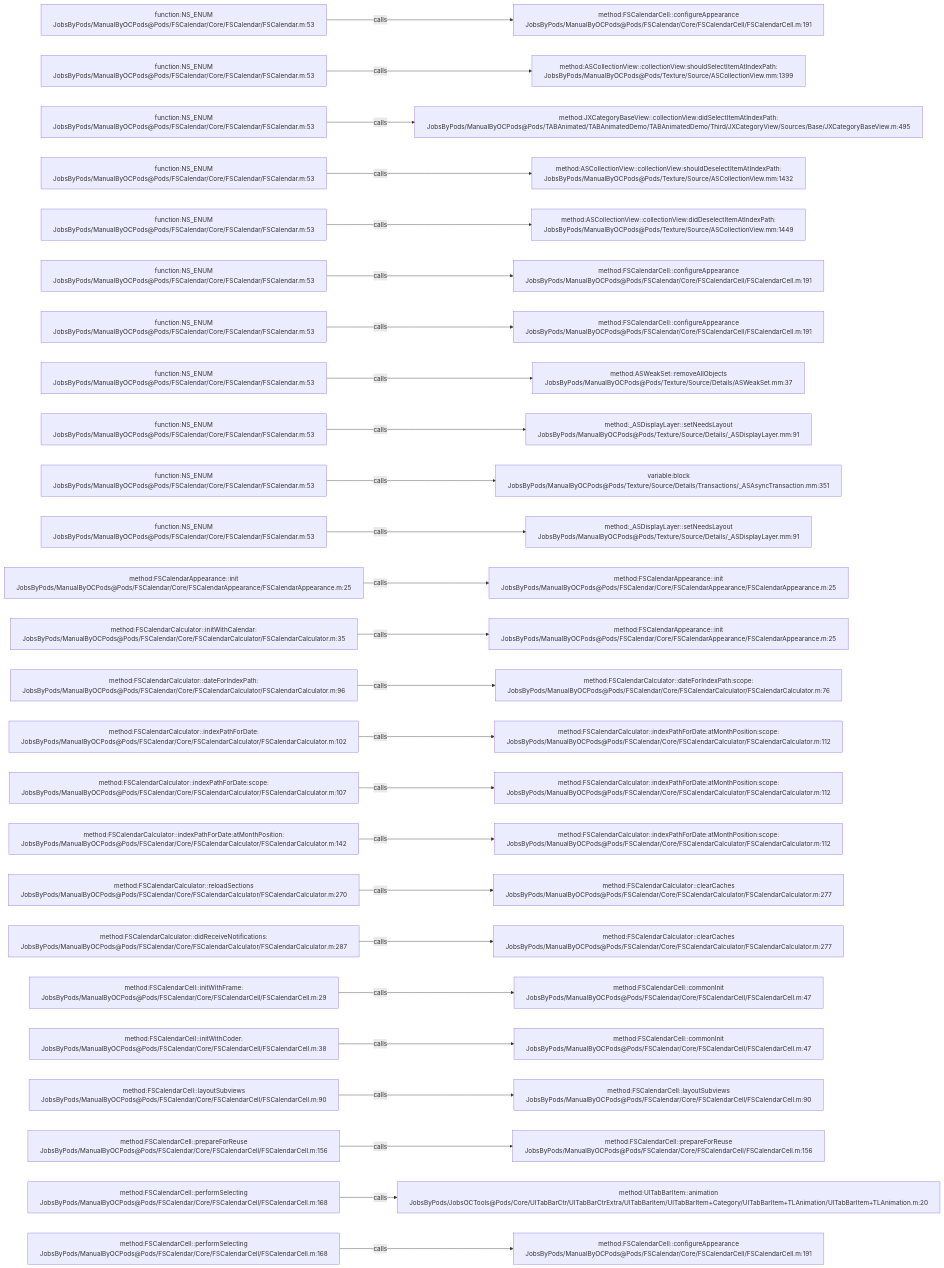
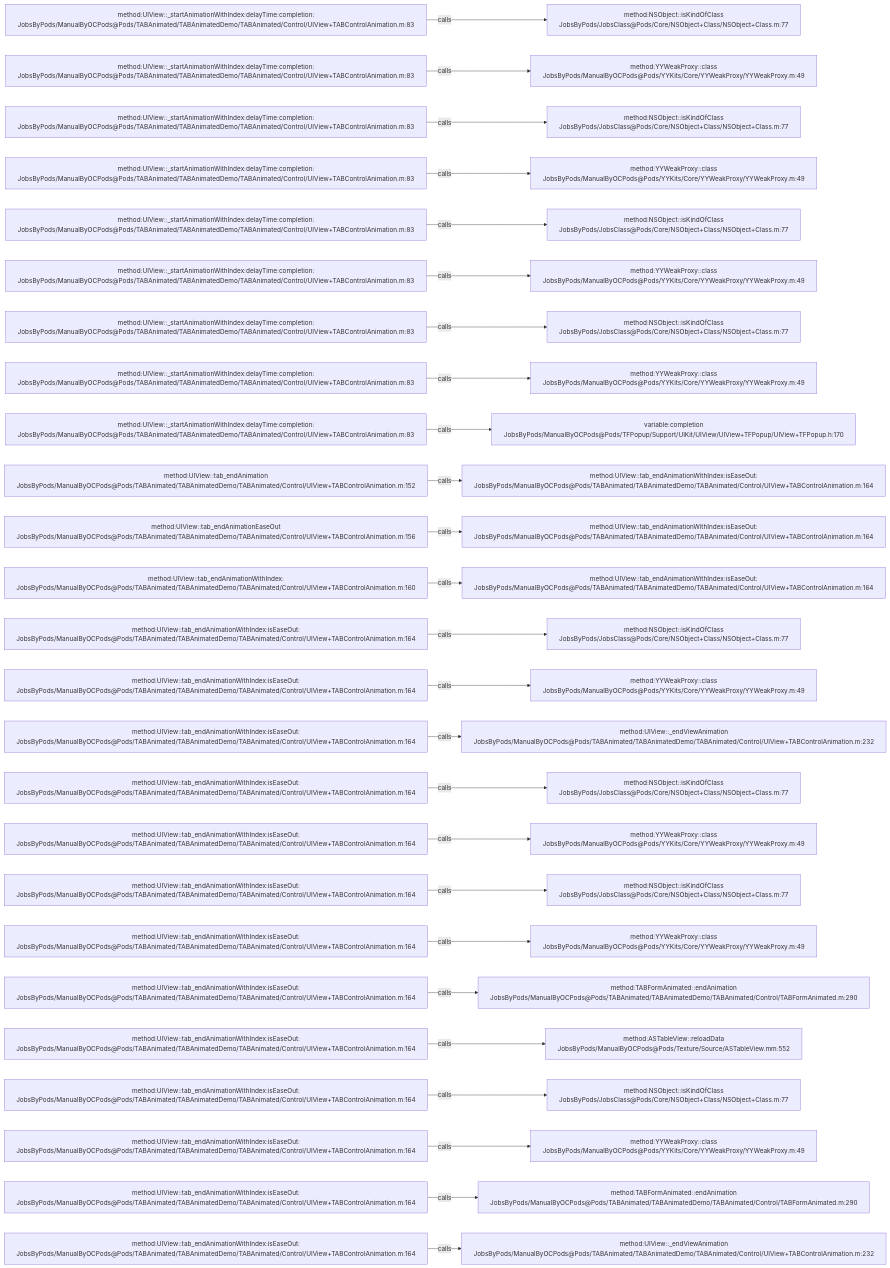
One commit to JobsKits/JobsOCBaseConfigDemo changed the diagram in .codegraph/codegraph.md/graphs/calls-190.md. Above: the diagram before and after it, drawn with Mermaid. The commit also changed 639 other files, not shown here.

````diff
--- a/.codegraph/codegraph.md/graphs/calls-190.md
+++ b/.codegraph/codegraph.md/graphs/calls-190.md
@@ -13,78 +13,78 @@
 ```mermaid
 flowchart LR
-  S1["function:NS_ENUM<br/>JobsByPods/ManualByOCPods@Pods/FSCalendar/Core/FSCalendar/FSCalendar.m:53"]
-  T1["method:FSCalendarCell::configureAppearance<br/>JobsByPods/ManualByOCPods@Pods/FSCalendar/Core/FSCalendarCell/FSCalendarCell.m:191"]
+  S1["method:UIView::_startAnimationWithIndex:delayTime:completion:<br/>JobsByPods/ManualByOCPods@Pods/TABAnimated/TABAnimatedDemo/TABAnimated/Control/UIView+TABControlAnimation.m:83"]
+  T1["method:NSObject::isKindOfClass<br/>JobsByPods/JobsClass@Pods/Core/NSObject+Class/NSObject+Class.m:77"]
   S1 -->|calls| T1
-  S2["function:NS_ENUM<br/>JobsByPods/ManualByOCPods@Pods/FSCalendar/Core/FSCalendar/FSCalendar.m:53"]
-  T2["method:ASCollectionView::collectionView:shouldSelectItemAtIndexPath:<br/>JobsByPods/ManualByOCPods@Pods/Texture/Source/ASCollectionView.mm:1399"]
+  S2["method:UIView::_startAnimationWithIndex:delayTime:completion:<br/>JobsByPods/ManualByOCPods@Pods/TABAnimated/TABAnimatedDemo/TABAnimated/Control/UIView+TABControlAnimation.m:83"]
+  T2["method:YYWeakProxy::class<br/>JobsByPods/ManualByOCPods@Pods/YYKits/Core/YYWeakProxy/YYWeakProxy.m:49"]
   S2 -->|calls| T2
-  S3["function:NS_ENUM<br/>JobsByPods/ManualByOCPods@Pods/FSCalendar/Core/FSCalendar/FSCalendar.m:53"]
-  T3["method:JXCategoryBaseView::collectionView:didSelectItemAtIndexPath:<br/>JobsByPods/ManualByOCPods@Pods/TABAnimated/TABAnimatedDemo/TABAnimatedDemo/Third/JXCategoryView/Sources/Base/JXCategoryBaseView.m:495"]
+  S3["method:UIView::_startAnimationWithIndex:delayTime:completion:<br/>JobsByPods/ManualByOCPods@Pods/TABAnimated/TABAnimatedDemo/TABAnimated/Control/UIView+TABControlAnimation.m:83"]
+  T3["method:NSObject::isKindOfClass<br/>JobsByPods/JobsClass@Pods/Core/NSObject+Class/NSObject+Class.m:77"]
   S3 -->|calls| T3
-  S4["function:NS_ENUM<br/>JobsByPods/ManualByOCPods@Pods/FSCalendar/Core/FSCalendar/FSCalendar.m:53"]
-  T4["method:ASCollectionView::collectionView:shouldDeselectItemAtIndexPath:<br/>JobsByPods/ManualByOCPods@Pods/Texture/Source/ASCollectionView.mm:1432"]
+  S4["method:UIView::_startAnimationWithIndex:delayTime:completion:<br/>JobsByPods/ManualByOCPods@Pods/TABAnimated/TABAnimatedDemo/TABAnimated/Control/UIView+TABControlAnimation.m:83"]
+  T4["method:YYWeakProxy::class<br/>JobsByPods/ManualByOCPods@Pods/YYKits/Core/YYWeakProxy/YYWeakProxy.m:49"]
   S4 -->|calls| T4
-  S5["function:NS_ENUM<br/>JobsByPods/ManualByOCPods@Pods/FSCalendar/Core/FSCalendar/FSCalendar.m:53"]
-  T5["method:ASCollectionView::collectionView:didDeselectItemAtIndexPath:<br/>JobsByPods/ManualByOCPods@Pods/Texture/Source/ASCollectionView.mm:1449"]
+  S5["method:UIView::_startAnimationWithIndex:delayTime:completion:<br/>JobsByPods/ManualByOCPods@Pods/TABAnimated/TABAnimatedDemo/TABAnimated/Control/UIView+TABControlAnimation.m:83"]
+  T5["method:NSObject::isKindOfClass<br/>JobsByPods/JobsClass@Pods/Core/NSObject+Class/NSObject+Class.m:77"]
   S5 -->|calls| T5
-  S6["function:NS_ENUM<br/>JobsByPods/ManualByOCPods@Pods/FSCalendar/Core/FSCalendar/FSCalendar.m:53"]
-  T6["method:FSCalendarCell::configureAppearance<br/>JobsByPods/ManualByOCPods@Pods/FSCalendar/Core/FSCalendarCell/FSCalendarCell.m:191"]
+  S6["method:UIView::_startAnimationWithIndex:delayTime:completion:<br/>JobsByPods/ManualByOCPods@Pods/TABAnimated/TABAnimatedDemo/TABAnimated/Control/UIView+TABControlAnimation.m:83"]
+  T6["method:YYWeakProxy::class<br/>JobsByPods/ManualByOCPods@Pods/YYKits/Core/YYWeakProxy/YYWeakProxy.m:49"]
   S6 -->|calls| T6
-  S7["function:NS_ENUM<br/>JobsByPods/ManualByOCPods@Pods/FSCalendar/Core/FSCalendar/FSCalendar.m:53"]
-  T7["method:FSCalendarCell::configureAppearance<br/>JobsByPods/ManualByOCPods@Pods/FSCalendar/Core/FSCalendarCell/FSCalendarCell.m:191"]
+  S7["method:UIView::_startAnimationWithIndex:delayTime:completion:<br/>JobsByPods/ManualByOCPods@Pods/TABAnimated/TABAnimatedDemo/TABAnimated/Control/UIView+TABControlAnimation.m:83"]
+  T7["method:NSObject::isKindOfClass<br/>JobsByPods/JobsClass@Pods/Core/NSObject+Class/NSObject+Class.m:77"]
   S7 -->|calls| T7
-  S8["function:NS_ENUM<br/>JobsByPods/ManualByOCPods@Pods/FSCalendar/Core/FSCalendar/FSCalendar.m:53"]
-  T8["method:ASWeakSet::removeAllObjects<br/>JobsByPods/ManualByOCPods@Pods/Texture/Source/Details/ASWeakSet.mm:37"]
+  S8["method:UIView::_startAnimationWithIndex:delayTime:completion:<br/>JobsByPods/ManualByOCPods@Pods/TABAnimated/TABAnimatedDemo/TABAnimated/Control/UIView+TABControlAnimation.m:83"]
+  T8["method:YYWeakProxy::class<br/>JobsByPods/ManualByOCPods@Pods/YYKits/Core/YYWeakProxy/YYWeakProxy.m:49"]
   S8 -->|calls| T8
-  S9["function:NS_ENUM<br/>JobsByPods/ManualByOCPods@Pods/FSCalendar/Core/FSCalendar/FSCalendar.m:53"]
-  T9["method:_ASDisplayLayer::setNeedsLayout<br/>JobsByPods/ManualByOCPods@Pods/Texture/Source/Details/_ASDisplayLayer.mm:91"]
+  S9["method:UIView::_startAnimationWithIndex:delayTime:completion:<br/>JobsByPods/ManualByOCPods@Pods/TABAnimated/TABAnimatedDemo/TABAnimated/Control/UIView+TABControlAnimation.m:83"]
+  T9["variable:completion<br/>JobsByPods/ManualByOCPods@Pods/TFPopup/Support/UIKit/UIView/UIView+TFPopup/UIView+TFPopup.h:170"]
   S9 -->|calls| T9
-  S10["function:NS_ENUM<br/>JobsByPods/ManualByOCPods@Pods/FSCalendar/Core/FSCalendar/FSCalendar.m:53"]
-  T10["variable:block<br/>JobsByPods/ManualByOCPods@Pods/Texture/Source/Details/Transactions/_ASAsyncTransaction.mm:351"]
+  S10["method:UIView::tab_endAnimation<br/>JobsByPods/ManualByOCPods@Pods/TABAnimated/TABAnimatedDemo/TABAnimated/Control/UIView+TABControlAnimation.m:152"]
+  T10["method:UIView::tab_endAnimationWithIndex:isEaseOut:<br/>JobsByPods/ManualByOCPods@Pods/TABAnimated/TABAnimatedDemo/TABAnimated/Control/UIView+TABControlAnimation.m:164"]
   S10 -->|calls| T10
-  S11["function:NS_ENUM<br/>JobsByPods/ManualByOCPods@Pods/FSCalendar/Core/FSCalendar/FSCalendar.m:53"]
-  T11["method:_ASDisplayLayer::setNeedsLayout<br/>JobsByPods/ManualByOCPods@Pods/Texture/Source/Details/_ASDisplayLayer.mm:91"]
+  S11["method:UIView::tab_endAnimationEaseOut<br/>JobsByPods/ManualByOCPods@Pods/TABAnimated/TABAnimatedDemo/TABAnimated/Control/UIView+TABControlAnimation.m:156"]
+  T11["method:UIView::tab_endAnimationWithIndex:isEaseOut:<br/>JobsByPods/ManualByOCPods@Pods/TABAnimated/TABAnimatedDemo/TABAnimated/Control/UIView+TABControlAnimation.m:164"]
   S11 -->|calls| T11
-  S12["method:FSCalendarAppearance::init<br/>JobsByPods/ManualByOCPods@Pods/FSCalendar/Core/FSCalendarAppearance/FSCalendarAppearance.m:25"]
-  T12["method:FSCalendarAppearance::init<br/>JobsByPods/ManualByOCPods@Pods/FSCalendar/Core/FSCalendarAppearance/FSCalendarAppearance.m:25"]
+  S12["method:UIView::tab_endAnimationWithIndex:<br/>JobsByPods/ManualByOCPods@Pods/TABAnimated/TABAnimatedDemo/TABAnimated/Control/UIView+TABControlAnimation.m:160"]
+  T12["method:UIView::tab_endAnimationWithIndex:isEaseOut:<br/>JobsByPods/ManualByOCPods@Pods/TABAnimated/TABAnimatedDemo/TABAnimated/Control/UIView+TABControlAnimation.m:164"]
   S12 -->|calls| T12
-  S13["method:FSCalendarCalculator::initWithCalendar:<br/>JobsByPods/ManualByOCPods@Pods/FSCalendar/Core/FSCalendarCalculator/FSCalendarCalculator.m:35"]
-  T13["method:FSCalendarAppearance::init<br/>JobsByPods/ManualByOCPods@Pods/FSCalendar/Core/FSCalendarAppearance/FSCalendarAppearance.m:25"]
+  S13["method:UIView::tab_endAnimationWithIndex:isEaseOut:<br/>JobsByPods/ManualByOCPods@Pods/TABAnimated/TABAnimatedDemo/TABAnimated/Control/UIView+TABControlAnimation.m:164"]
+  T13["method:NSObject::isKindOfClass<br/>JobsByPods/JobsClass@Pods/Core/NSObject+Class/NSObject+Class.m:77"]
   S13 -->|calls| T13
-  S14["method:FSCalendarCalculator::dateForIndexPath:<br/>JobsByPods/ManualByOCPods@Pods/FSCalendar/Core/FSCalendarCalculator/FSCalendarCalculator.m:96"]
-  T14["method:FSCalendarCalculator::dateForIndexPath:scope:<br/>JobsByPods/ManualByOCPods@Pods/FSCalendar/Core/FSCalendarCalculator/FSCalendarCalculator.m:76"]
+  S14["method:UIView::tab_endAnimationWithIndex:isEaseOut:<br/>JobsByPods/ManualByOCPods@Pods/TABAnimated/TABAnimatedDemo/TABAnimated/Control/UIView+TABControlAnimation.m:164"]
+  T14["method:YYWeakProxy::class<br/>JobsByPods/ManualByOCPods@Pods/YYKits/Core/YYWeakProxy/YYWeakProxy.m:49"]
   S14 -->|calls| T14
-  S15["method:FSCalendarCalculator::indexPathForDate:<br/>JobsByPods/ManualByOCPods@Pods/FSCalendar/Core/FSCalendarCalculator/FSCalendarCalculator.m:102"]
-  T15["method:FSCalendarCalculator::indexPathForDate:atMonthPosition:scope:<br/>JobsByPods/ManualByOCPods@Pods/FSCalendar/Core/FSCalendarCalculator/FSCalendarCalculator.m:112"]
+  S15["method:UIView::tab_endAnimationWithIndex:isEaseOut:<br/>JobsByPods/ManualByOCPods@Pods/TABAnimated/TABAnimatedDemo/TABAnimated/Control/UIView+TABControlAnimation.m:164"]
+  T15["method:UIView::_endViewAnimation<br/>JobsByPods/ManualByOCPods@Pods/TABAnimated/TABAnimatedDemo/TABAnimated/Control/UIView+TABControlAnimation.m:232"]
   S15 -->|calls| T15
-  S16["method:FSCalendarCalculator::indexPathForDate:scope:<br/>JobsByPods/ManualByOCPods@Pods/FSCalendar/Core/FSCalendarCalculator/FSCalendarCalculator.m:107"]
-  T16["method:FSCalendarCalculator::indexPathForDate:atMonthPosition:scope:<br/>JobsByPods/ManualByOCPods@Pods/FSCalendar/Core/FSCalendarCalculator/FSCalendarCalculator.m:112"]
+  S16["method:UIView::tab_endAnimationWithIndex:isEaseOut:<br/>JobsByPods/ManualByOCPods@Pods/TABAnimated/TABAnimatedDemo/TABAnimated/Control/UIView+TABControlAnimation.m:164"]
+  T16["method:NSObject::isKindOfClass<br/>JobsByPods/JobsClass@Pods/Core/NSObject+Class/NSObject+Class.m:77"]
   S16 -->|calls| T16
-  S17["method:FSCalendarCalculator::indexPathForDate:atMonthPosition:<br/>JobsByPods/ManualByOCPods@Pods/FSCalendar/Core/FSCalendarCalculator/FSCalendarCalculator.m:142"]
-  T17["method:FSCalendarCalculator::indexPathForDate:atMonthPosition:scope:<br/>JobsByPods/ManualByOCPods@Pods/FSCalendar/Core/FSCalendarCalculator/FSCalendarCalculator.m:112"]
+  S17["method:UIView::tab_endAnimationWithIndex:isEaseOut:<br/>JobsByPods/ManualByOCPods@Pods/TABAnimated/TABAnimatedDemo/TABAnimated/Control/UIView+TABControlAnimation.m:164"]
+  T17["method:YYWeakProxy::class<br/>JobsByPods/ManualByOCPods@Pods/YYKits/Core/YYWeakProxy/YYWeakProxy.m:49"]
   S17 -->|calls| T17
-  S18["method:FSCalendarCalculator::reloadSections<br/>JobsByPods/ManualByOCPods@Pods/FSCalendar/Core/FSCalendarCalculator/FSCalendarCalculator.m:270"]
-  T18["method:FSCalendarCalculator::clearCaches<br/>JobsByPods/ManualByOCPods@Pods/FSCalendar/Core/FSCalendarCalculator/FSCalendarCalculator.m:277"]
+  S18["method:UIView::tab_endAnimationWithIndex:isEaseOut:<br/>JobsByPods/ManualByOCPods@Pods/TABAnimated/TABAnimatedDemo/TABAnimated/Control/UIView+TABControlAnimation.m:164"]
+  T18["method:NSObject::isKindOfClass<br/>JobsByPods/JobsClass@Pods/Core/NSObject+Class/NSObject+Class.m:77"]
   S18 -->|calls| T18
-  S19["method:FSCalendarCalculator::didReceiveNotifications:<br/>JobsByPods/ManualByOCPods@Pods/FSCalendar/Core/FSCalendarCalculator/FSCalendarCalculator.m:287"]
-  T19["method:FSCalendarCalculator::clearCaches<br/>JobsByPods/ManualByOCPods@Pods/FSCalendar/Core/FSCalendarCalculator/FSCalendarCalculator.m:277"]
+  S19["method:UIView::tab_endAnimationWithIndex:isEaseOut:<br/>JobsByPods/ManualByOCPods@Pods/TABAnimated/TABAnimatedDemo/TABAnimated/Control/UIView+TABControlAnimation.m:164"]
+  T19["method:YYWeakProxy::class<br/>JobsByPods/ManualByOCPods@Pods/YYKits/Core/YYWeakProxy/YYWeakProxy.m:49"]
   S19 -->|calls| T19
-  S20["method:FSCalendarCell::initWithFrame:<br/>JobsByPods/ManualByOCPods@Pods/FSCalendar/Core/FSCalendarCell/FSCalendarCell.m:29"]
-  T20["method:FSCalendarCell::commonInit<br/>JobsByPods/ManualByOCPods@Pods/FSCalendar/Core/FSCalendarCell/FSCalendarCell.m:47"]
+  S20["method:UIView::tab_endAnimationWithIndex:isEaseOut:<br/>JobsByPods/ManualByOCPods@Pods/TABAnimated/TABAnimatedDemo/TABAnimated/Control/UIView+TABControlAnimation.m:164"]
+  T20["method:TABFormAnimated::endAnimation<br/>JobsByPods/ManualByOCPods@Pods/TABAnimated/TABAnimatedDemo/TABAnimated/Control/TABFormAnimated.m:290"]
   S20 -->|calls| T20
-  S21["method:FSCalendarCell::initWithCoder:<br/>JobsByPods/ManualByOCPods@Pods/FSCalendar/Core/FSCalendarCell/FSCalendarCell.m:38"]
-  T21["method:FSCalendarCell::commonInit<br/>JobsByPods/ManualByOCPods@Pods/FSCalendar/Core/FSCalendarCell/FSCalendarCell.m:47"]
+  S21["method:UIView::tab_endAnimationWithIndex:isEaseOut:<br/>JobsByPods/ManualByOCPods@Pods/TABAnimated/TABAnimatedDemo/TABAnimated/Control/UIView+TABControlAnimation.m:164"]
+  T21["method:ASTableView::reloadData<br/>JobsByPods/ManualByOCPods@Pods/Texture/Source/ASTableView.mm:552"]
   S21 -->|calls| T21
-  S22["method:FSCalendarCell::layoutSubviews<br/>JobsByPods/ManualByOCPods@Pods/FSCalendar/Core/FSCalendarCell/FSCalendarCell.m:90"]
-  T22["method:FSCalendarCell::layoutSubviews<br/>JobsByPods/ManualByOCPods@Pods/FSCalendar/Core/FSCalendarCell/FSCalendarCell.m:90"]
+  S22["method:UIView::tab_endAnimationWithIndex:isEaseOut:<br/>JobsByPods/ManualByOCPods@Pods/TABAnimated/TABAnimatedDemo/TABAnimated/Control/UIView+TABControlAnimation.m:164"]
+  T22["method:NSObject::isKindOfClass<br/>JobsByPods/JobsClass@Pods/Core/NSObject+Class/NSObject+Class.m:77"]
   S22 -->|calls| T22
-  S23["method:FSCalendarCell::prepareForReuse<br/>JobsByPods/ManualByOCPods@Pods/FSCalendar/Core/FSCalendarCell/FSCalendarCell.m:156"]
-  T23["method:FSCalendarCell::prepareForReuse<br/>JobsByPods/ManualByOCPods@Pods/FSCalendar/Core/FSCalendarCell/FSCalendarCell.m:156"]
+  S23["method:UIView::tab_endAnimationWithIndex:isEaseOut:<br/>JobsByPods/ManualByOCPods@Pods/TABAnimated/TABAnimatedDemo/TABAnimated/Control/UIView+TABControlAnimation.m:164"]
+  T23["method:YYWeakProxy::class<br/>JobsByPods/ManualByOCPods@Pods/YYKits/Core/YYWeakProxy/YYWeakProxy.m:49"]
   S23 -->|calls| T23
-  S24["method:FSCalendarCell::performSelecting<br/>JobsByPods/ManualByOCPods@Pods/FSCalendar/Core/FSCalendarCell/FSCalendarCell.m:168"]
-  T24["method:UITabBarItem::animation<br/>JobsByPods/JobsOCTools@Pods/Core/UITabBarCtr/UITabBarCtrExtra/UITabBarItem/UITabBarItem+Category/UITabBarItem+TLAnimation/UITabBarItem+TLAnimation.m:20"]
+  S24["method:UIView::tab_endAnimationWithIndex:isEaseOut:<br/>JobsByPods/ManualByOCPods@Pods/TABAnimated/TABAnimatedDemo/TABAnimated/Control/UIView+TABControlAnimation.m:164"]
+  T24["method:TABFormAnimated::endAnimation<br/>JobsByPods/ManualByOCPods@Pods/TABAnimated/TABAnimatedDemo/TABAnimated/Control/TABFormAnimated.m:290"]
   S24 -->|calls| T24
-  S25["method:FSCalendarCell::performSelecting<br/>JobsByPods/ManualByOCPods@Pods/FSCalendar/Core/FSCalendarCell/FSCalendarCell.m:168"]
-  T25["method:FSCalendarCell::configureAppearance<br/>JobsByPods/ManualByOCPods@Pods/FSCalendar/Core/FSCalendarCell/FSCalendarCell.m:191"]
+  S25["method:UIView::tab_endAnimationWithIndex:isEaseOut:<br/>JobsByPods/ManualByOCPods@Pods/TABAnimated/TABAnimatedDemo/TABAnimated/Control/UIView+TABControlAnimation.m:164"]
+  T25["method:UIView::_endViewAnimation<br/>JobsByPods/ManualByOCPods@Pods/TABAnimated/TABAnimatedDemo/TABAnimated/Control/UIView+TABControlAnimation.m:232"]
   S25 -->|calls| T25
 ```
````
